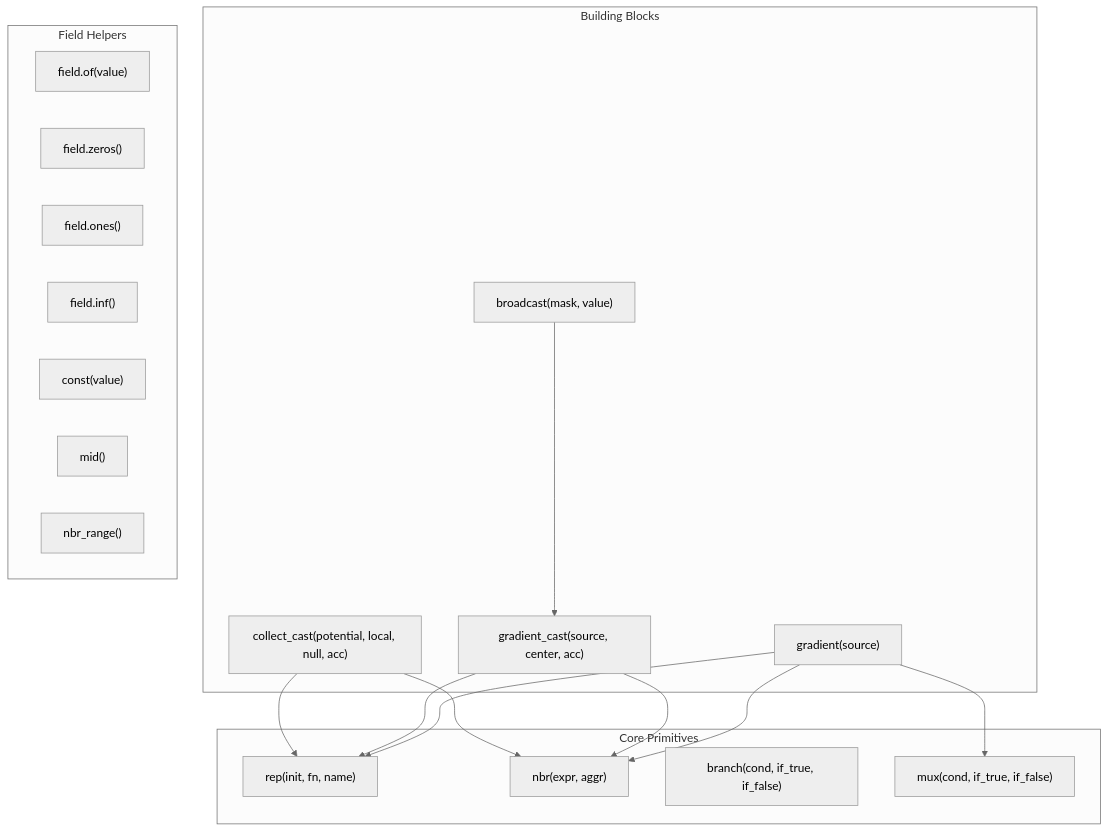
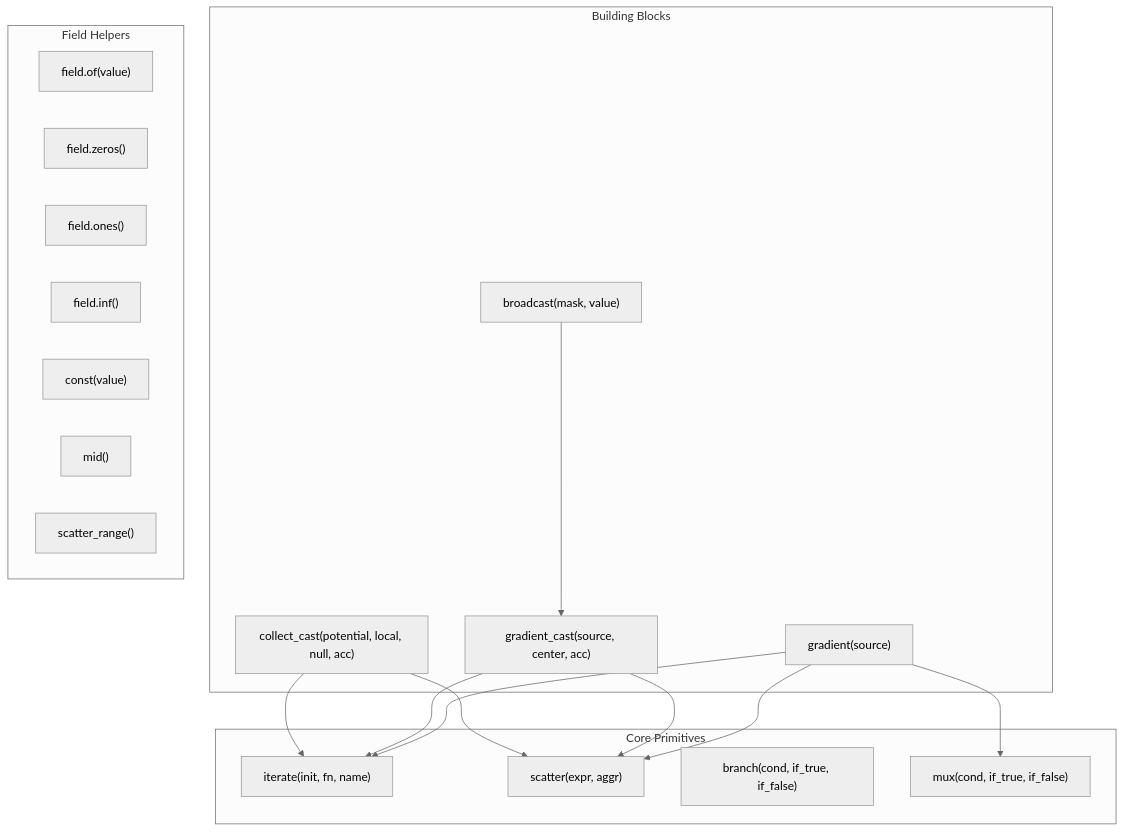
The fifth of 15 diagrams in docs/architecture.md (cric96/DifField), drawn with Mermaid (neutral theme) before and after one commit. The commit also changed other lines of this file and 48 other files, not shown here.

````diff
--- a/docs/architecture.md
+++ b/docs/architecture.md
@@ -217,38 +217,38 @@
 ```mermaid
 graph TB
     subgraph Core["Core Primitives"]
-        rep["rep(init, fn, name)"]
-        nbr["nbr(expr, aggr)"]
+        iterate["iterate(init, fn, name)"]
+        scatter["scatter(expr, aggr)"]
         branch["branch(cond, if_true, if_false)"]
         mux["mux(cond, if_true, if_false)"]
     end
 
     subgraph Blocks["Building Blocks"]
         gradient["gradient(source)"]
         gradient_cast["gradient_cast(source, center, acc)"]
         broadcast["broadcast(mask, value)"]
         collect_cast["collect_cast(potential, local, null, acc)"]
     end
 
     subgraph Helpers["Field Helpers"]
         field_of["field.of(value)"]
         field_zeros["field.zeros()"]
         field_ones["field.ones()"]
         field_inf["field.inf()"]
         const["const(value)"]
         mid["mid()"]
-        nbr_range["nbr_range()"]
+        scatter_range["scatter_range()"]
     end
 
-    gradient --> rep
-    gradient --> nbr
+    gradient --> iterate
+    gradient --> scatter
     gradient --> mux
 
-    gradient_cast --> rep
-    gradient_cast --> nbr
+    gradient_cast --> iterate
+    gradient_cast --> scatter
 
     broadcast --> gradient_cast
 
-    collect_cast --> rep
-    collect_cast --> nbr
+    collect_cast --> iterate
+    collect_cast --> scatter
 ```
````
